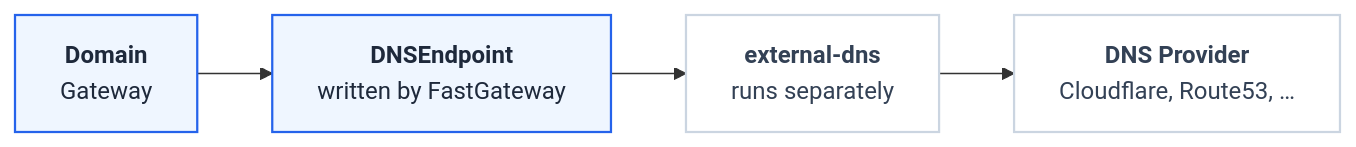
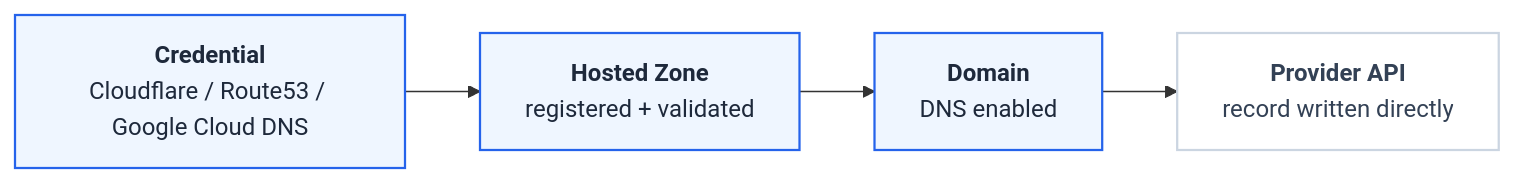
The diagram in docs/concepts/dns-management.md (fastgateway-dev/fastgateway.dev), drawn with Mermaid before and after one commit. The commit also changed other lines of this file and 1 other file, not shown here.

Commit message:
docs(dns): rewrite DNS management for direct-provider hosted zones

````diff
--- a/docs/concepts/dns-management.md
+++ b/docs/concepts/dns-management.md
@@ -20,10 +19,10 @@
 ```mermaid
 flowchart LR
-    A["<b>Domain</b><br/>Gateway"] --> B["<b>DNSEndpoint</b><br/>written by FastGateway"]
-    B --> C["<b>external-dns</b><br/>runs separately"] --> D["<b>DNS Provider</b><br/>Cloudflare, Route53, …"]
+    A["<b>Credential</b><br/>Cloudflare / Route53 / Google Cloud DNS"] --> B["<b>Hosted Zone</b><br/>registered + validated"]
+    B --> C["<b>Domain</b><br/>DNS enabled"] --> D["<b>Provider API</b><br/>record written directly"]
 
     classDef fgw fill:#eff6ff,stroke:#2563eb,stroke-width:1.5px,color:#1e293b;
     classDef ext fill:#ffffff,stroke:#cbd5e1,stroke-width:1.5px,color:#334155;
-    class A,B fgw;
-    class C,D ext;
+    class A,B,C fgw;
+    class D ext;
 ```
````
